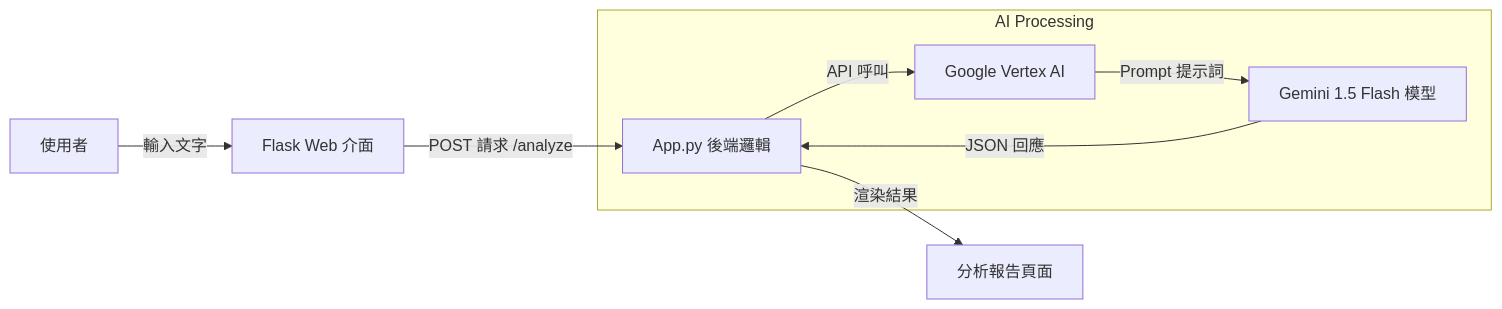
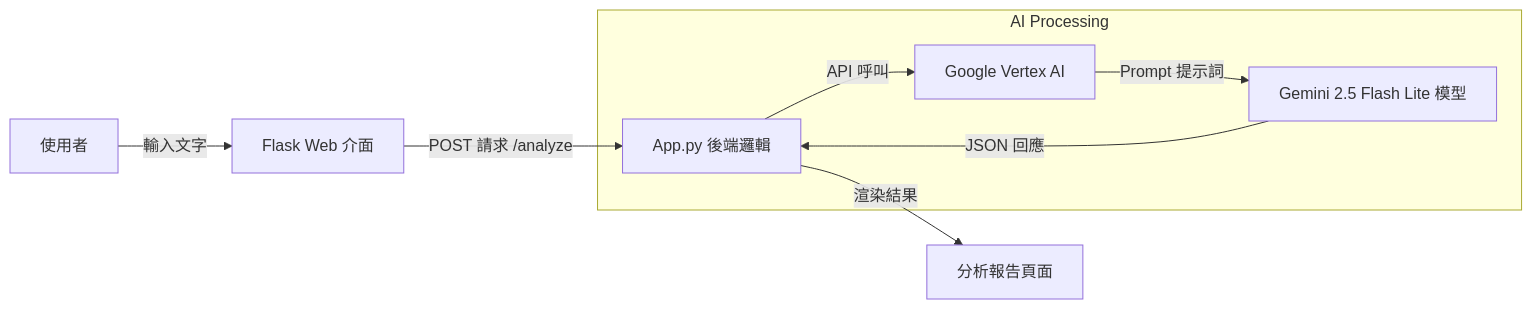
Before and after one commit to LinkGitData/hugo: the diagram in link-blog/content/posts/gemini-sentiment-analysis.md, drawn with Mermaid. The commit also changed other lines of this file, not shown here.

Commit message:
Content: Update model to Gemini 2.5 Flash Lite

```diff
--- a/link-blog/content/posts/gemini-sentiment-analysis.md
+++ b/link-blog/content/posts/gemini-sentiment-analysis.md
@@ -32,13 +32,13 @@
 {{< mermaid >}}
 graph LR
     User[使用者] -->|輸入文字| Web[Flask Web 介面]
     Web -->|POST 請求 /analyze| App[App.py 後端邏輯]
-    
+
     subgraph AI Processing
         App -->|API 呼叫| Vertex[Google Vertex AI]
-        Vertex -->|Prompt 提示詞| Gemini[Gemini 1.5 Flash 模型]
+        Vertex -->|Prompt 提示詞| Gemini[Gemini 2.5 Flash Lite 模型]
         Gemini -->|JSON 回應| App
     end
     
     App -->|渲染結果| Result[分析報告頁面]
 {{< /mermaid >}}
```
